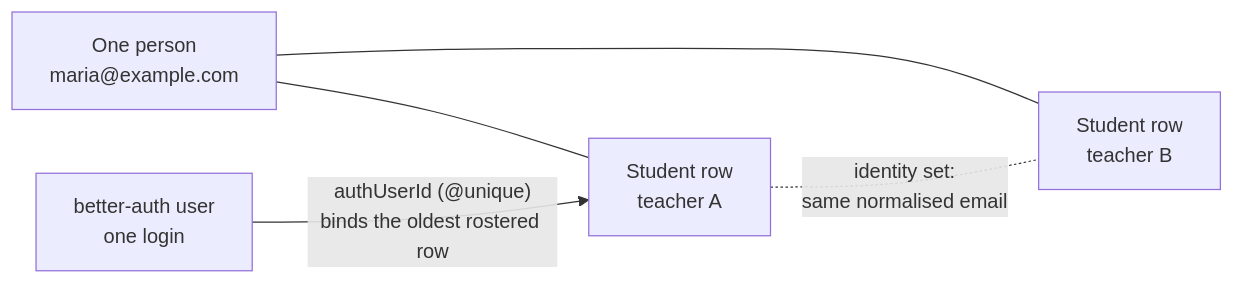
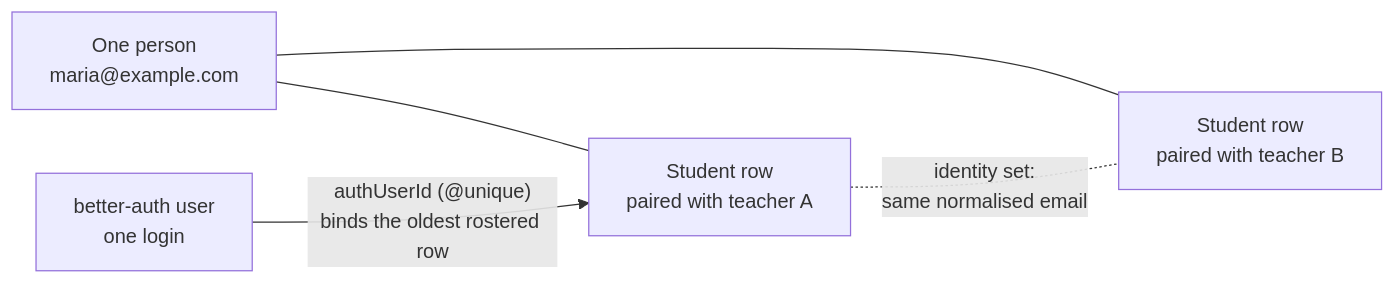
Before and after one commit to jaystewartuk/spiralclass: the diagram in docs/architecture/multi-teacher-students.md, drawn with Mermaid. The commit also changed other lines of this file and 5 other files, not shown here.

First line of the commit message:
The architecture docs described a video pipeline, route groups and a student model the code no longer had

````diff
--- a/docs/architecture/multi-teacher-students.md
+++ b/docs/architecture/multi-teacher-students.md
@@ -12,12 +12,12 @@
 ```mermaid
 graph LR
     P["One person<br/>maria@example.com"]
-    S1["Student row<br/>teacher A"]
-    S2["Student row<br/>teacher B"]
+    S1["Student row<br/>paired with teacher A"]
+    S2["Student row<br/>paired with teacher B"]
     U["better-auth user<br/>one login"]
 
     P --- S1
     P --- S2
     U -- "authUserId (@unique)<br/>binds the oldest rostered row" --> S1
     S1 -. "identity set:<br/>same normalised email" .- S2
 ```
````
